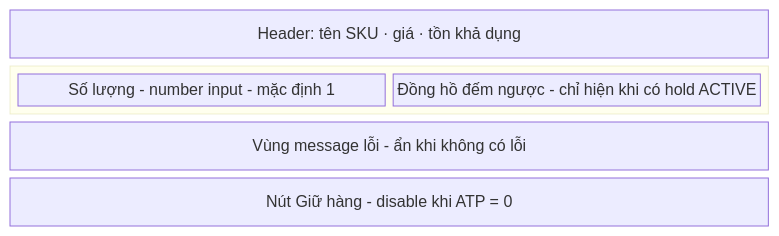
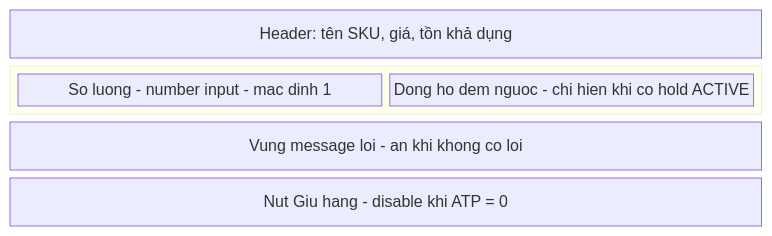
The first of 6 diagrams in knowledge/33-cau-truc-spec-btc.md (quankaka11/spec-skills), drawn with Mermaid before and after one commit. The commit also changed other lines of this file and 12 other files, not shown here.

````diff
--- a/knowledge/33-cau-truc-spec-btc.md
+++ b/knowledge/33-cau-truc-spec-btc.md
@@ -111,12 +148,12 @@
 ```mermaid
 block-beta
   columns 1
-  header["Header: tên SKU · giá · tồn khả dụng"]
+  header["Header: tên SKU, giá, tồn khả dụng"]
   block:main
     columns 2
-    qty["Số lượng - number input - mặc định 1"]
-    ttl["Đồng hồ đếm ngược - chỉ hiện khi có hold ACTIVE"]
+    qty["So luong - number input - mac dinh 1"]
+    ttl["Dong ho dem nguoc - chi hien khi co hold ACTIVE"]
   end
-  err["Vùng message lỗi - ẩn khi không có lỗi"]
-  footer["Nút Giữ hàng - disable khi ATP = 0"]
+  err["Vung message loi - an khi khong co loi"]
+  footer["Nut Giu hang - disable khi ATP = 0"]
 ```
````
